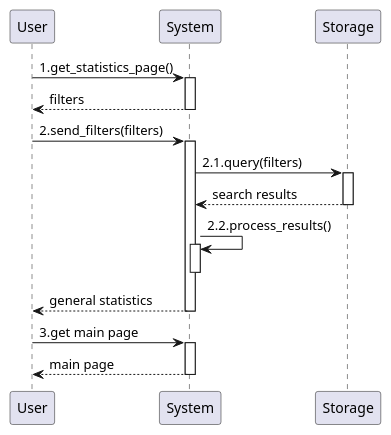
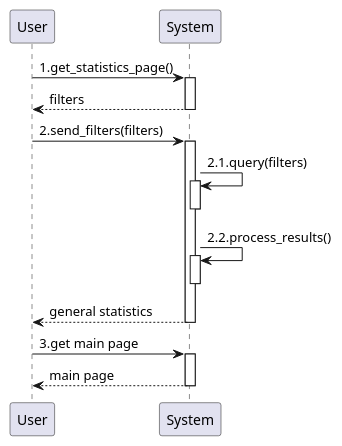
One commit to GiorgioUghini/SafeStreets changed the diagram in RASD/materials/uml/useCases/statistics.wsd. Above: the diagram before and after it, drawn with PlantUML. The commit also changed 19 other files, not shown here.

Commit message:
Remove storage in sequence diagrams in RASD

```diff
--- a/RASD/materials/uml/useCases/statistics.wsd
+++ b/RASD/materials/uml/useCases/statistics.wsd
@@ -1,18 +1,17 @@
 @startuml general_statistics
     participant User as U
     participant System as S
-    participant Storage as ST
 
     autoactivate on
 
     U -> S: 1.get_statistics_page()
     return filters
     U -> S: 2.send_filters(filters)
-    S -> ST: 2.1.query(filters)
-    return search results
+    S -> S: 2.1.query(filters)
+    deactivate S
     S -> S: 2.2.process_results()
     deactivate S
     return general statistics
     U -> S: 3.get main page
     return main page
 @enduml
```
